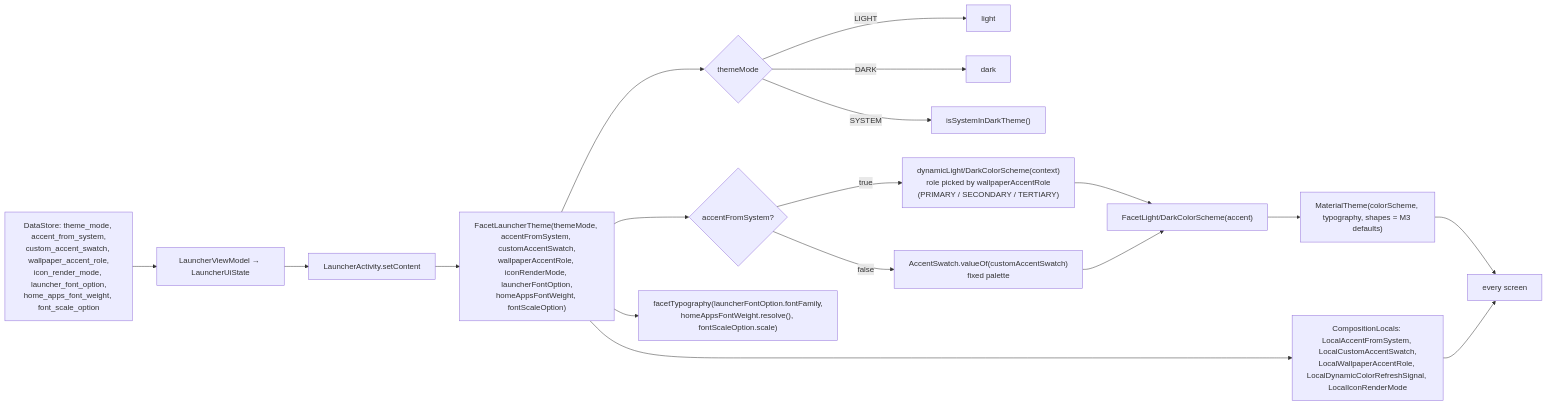
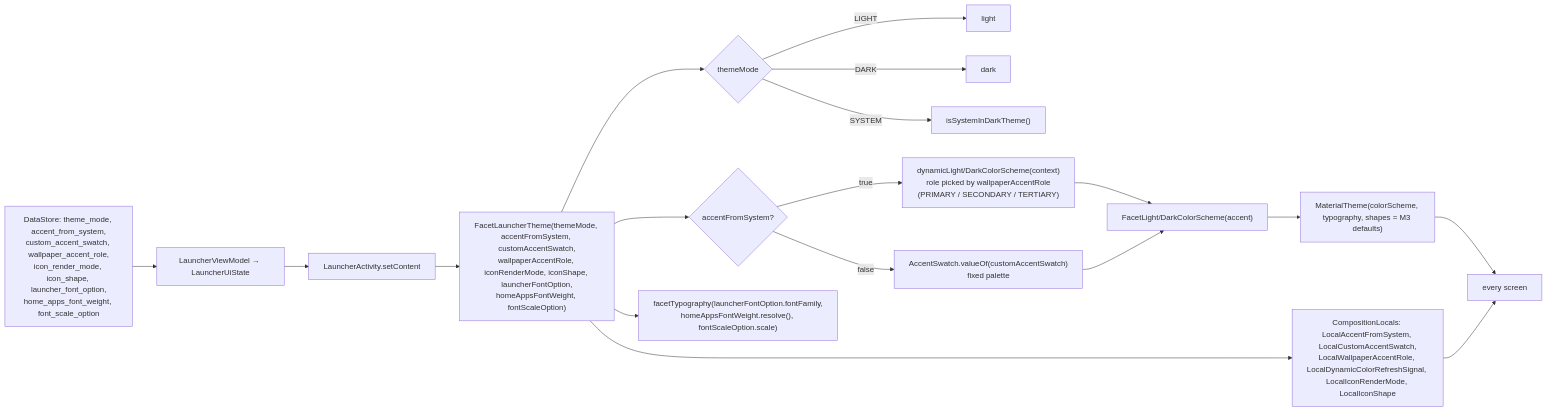
One commit to rohitganjam/facet-launcher changed the second of 4 diagrams in docs/architecture/13-flow-facets-theme-notifications-onboarding.md. Above: the diagram before and after it, drawn with Mermaid. The commit also changed 30 other files, not shown here.

First line of the commit message:
Add icon shape setting (Squircle, Rounded, Circle, Square)

````diff
--- a/docs/architecture/13-flow-facets-theme-notifications-onboarding.md
+++ b/docs/architecture/13-flow-facets-theme-notifications-onboarding.md
@@ -107,20 +107,20 @@
 ```mermaid
 flowchart LR
-    DS["DataStore: theme_mode, accent_from_system,\ncustom_accent_swatch, wallpaper_accent_role,\nicon_render_mode, launcher_font_option,\nhome_apps_font_weight, font_scale_option"] --> LVM["LauncherViewModel → LauncherUiState"]
+    DS["DataStore: theme_mode, accent_from_system,\ncustom_accent_swatch, wallpaper_accent_role,\nicon_render_mode, icon_shape, launcher_font_option,\nhome_apps_font_weight, font_scale_option"] --> LVM["LauncherViewModel → LauncherUiState"]
     LVM --> ACT["LauncherActivity.setContent"]
-    ACT --> T["FacetLauncherTheme(themeMode, accentFromSystem, customAccentSwatch,\nwallpaperAccentRole, iconRenderMode, launcherFontOption,\nhomeAppsFontWeight, fontScaleOption)"]
+    ACT --> T["FacetLauncherTheme(themeMode, accentFromSystem, customAccentSwatch,\nwallpaperAccentRole, iconRenderMode, iconShape, launcherFontOption,\nhomeAppsFontWeight, fontScaleOption)"]
     T --> DARK{"themeMode"}
     DARK -- LIGHT --> L[light]
     DARK -- DARK --> D[dark]
     DARK -- SYSTEM --> SYS["isSystemInDarkTheme()"]
     T --> ACC{"accentFromSystem?"}
     ACC -- "true" --> DYN["dynamicLight/DarkColorScheme(context)\nrole picked by wallpaperAccentRole\n(PRIMARY / SECONDARY / TERTIARY)"]
     ACC -- "false" --> SW["AccentSwatch.valueOf(customAccentSwatch)\nfixed palette"]
     DYN --> CS["FacetLight/DarkColorScheme(accent)"]
     SW --> CS
     T --> TYPO["facetTypography(launcherFontOption.fontFamily,\nhomeAppsFontWeight.resolve(), fontScaleOption.scale)"]
     CS --> MT["MaterialTheme(colorScheme, typography, shapes = M3 defaults)"]
-    T --> LOCALS["CompositionLocals: LocalAccentFromSystem, LocalCustomAccentSwatch,\nLocalWallpaperAccentRole, LocalDynamicColorRefreshSignal, LocalIconRenderMode"]
+    T --> LOCALS["CompositionLocals: LocalAccentFromSystem, LocalCustomAccentSwatch,\nLocalWallpaperAccentRole, LocalDynamicColorRefreshSignal, LocalIconRenderMode, LocalIconShape"]
     MT --> APP[every screen]
     LOCALS --> APP
 ```
````
